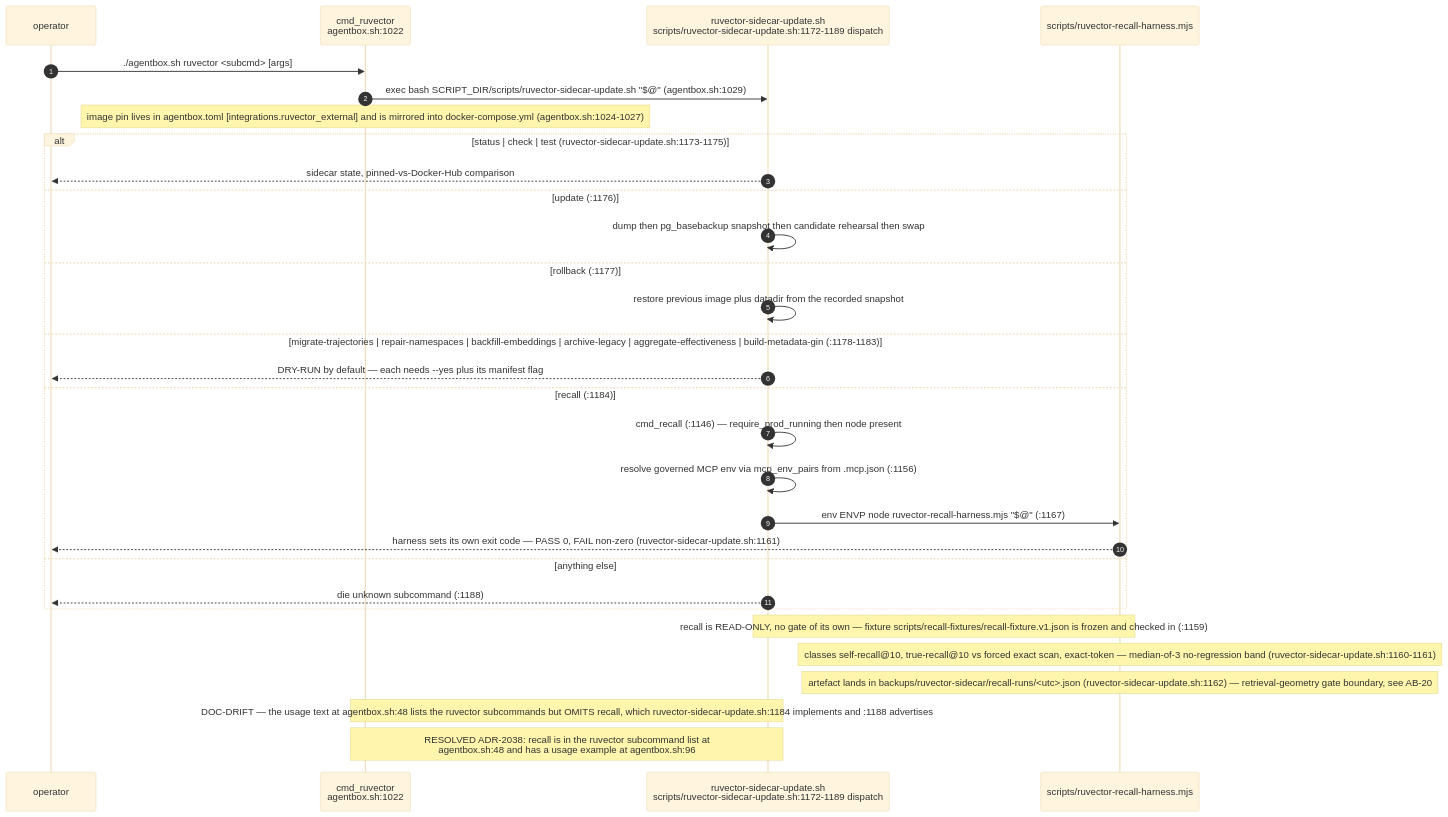
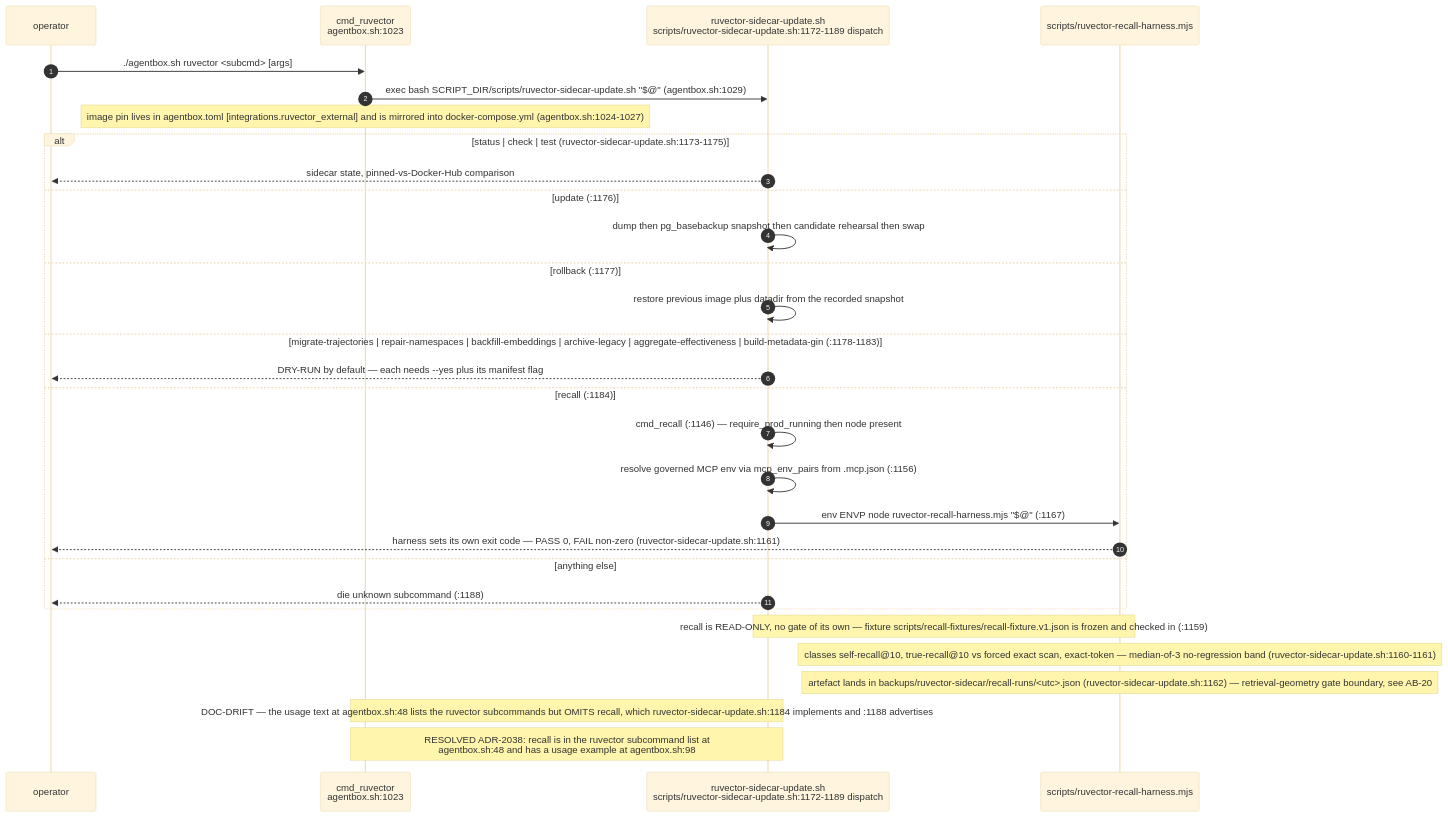
Before and after one commit to DreamLab-AI/VisionFlow: the sixth of 14 diagrams in docs/diagrams/agentbox/05-manifest-gates-and-cli.md, drawn with Mermaid (base theme). The commit also changed other lines of this file and 136 other files, not shown here.

First line of the commit message:
docs(diagrams): refresh the whole corpus to code HEAD and prune low-value diagrams

````diff
--- a/docs/diagrams/agentbox/05-manifest-gates-and-cli.md
+++ b/docs/diagrams/agentbox/05-manifest-gates-and-cli.md
@@ -155,33 +165,33 @@
 ```mermaid
 sequenceDiagram
     autonumber
     participant OP as operator
-    participant AB as cmd_ruvector<br/>agentbox.sh:1022
+    participant AB as cmd_ruvector<br/>agentbox.sh:1023
     participant SC as ruvector-sidecar-update.sh<br/>scripts/ruvector-sidecar-update.sh:1172-1189 dispatch
     participant H as scripts/ruvector-recall-harness.mjs
 
     OP->>AB: ./agentbox.sh ruvector <subcmd> [args]
     AB->>SC: exec bash SCRIPT_DIR/scripts/ruvector-sidecar-update.sh "$@" (agentbox.sh:1029)
     Note over AB: image pin lives in agentbox.toml [integrations.ruvector_external] and is mirrored into docker-compose.yml (agentbox.sh:1024-1027)
     alt status | check | test (ruvector-sidecar-update.sh:1173-1175)
         SC-->>OP: sidecar state, pinned-vs-Docker-Hub comparison
     else update (:1176)
         SC->>SC: dump then pg_basebackup snapshot then candidate rehearsal then swap
     else rollback (:1177)
         SC->>SC: restore previous image plus datadir from the recorded snapshot
     else migrate-trajectories | repair-namespaces | backfill-embeddings | archive-legacy | aggregate-effectiveness | build-metadata-gin (:1178-1183)
         SC-->>OP: DRY-RUN by default — each needs --yes plus its manifest flag
     else recall (:1184)
         SC->>SC: cmd_recall (:1146) — require_prod_running then node present
         SC->>SC: resolve governed MCP env via mcp_env_pairs from .mcp.json (:1156)
         SC->>H: env ENVP node ruvector-recall-harness.mjs "$@" (:1167)
         H-->>OP: harness sets its own exit code — PASS 0, FAIL non-zero (ruvector-sidecar-update.sh:1161)
     else anything else
         SC-->>OP: die unknown subcommand (:1188)
     end
     Note over SC,H: recall is READ-ONLY, no gate of its own — fixture scripts/recall-fixtures/recall-fixture.v1.json is frozen and checked in (:1159)
     Note over H: classes self-recall@10, true-recall@10 vs forced exact scan, exact-token — median-of-3 no-regression band (ruvector-sidecar-update.sh:1160-1161)
     Note over H: artefact lands in backups/ruvector-sidecar/recall-runs/<utc>.json (ruvector-sidecar-update.sh:1162) — retrieval-geometry gate boundary, see AB-20
     Note over AB,SC: DOC-DRIFT — the usage text at agentbox.sh:48 lists the ruvector subcommands but OMITS recall, which ruvector-sidecar-update.sh:1184 implements and :1188 advertises
-    Note over AB,SC: RESOLVED ADR-2038: recall is in the ruvector subcommand list at<br/>agentbox.sh:48 and has a usage example at agentbox.sh:96
+    Note over AB,SC: RESOLVED ADR-2038: recall is in the ruvector subcommand list at<br/>agentbox.sh:48 and has a usage example at agentbox.sh:98
 ```
````
